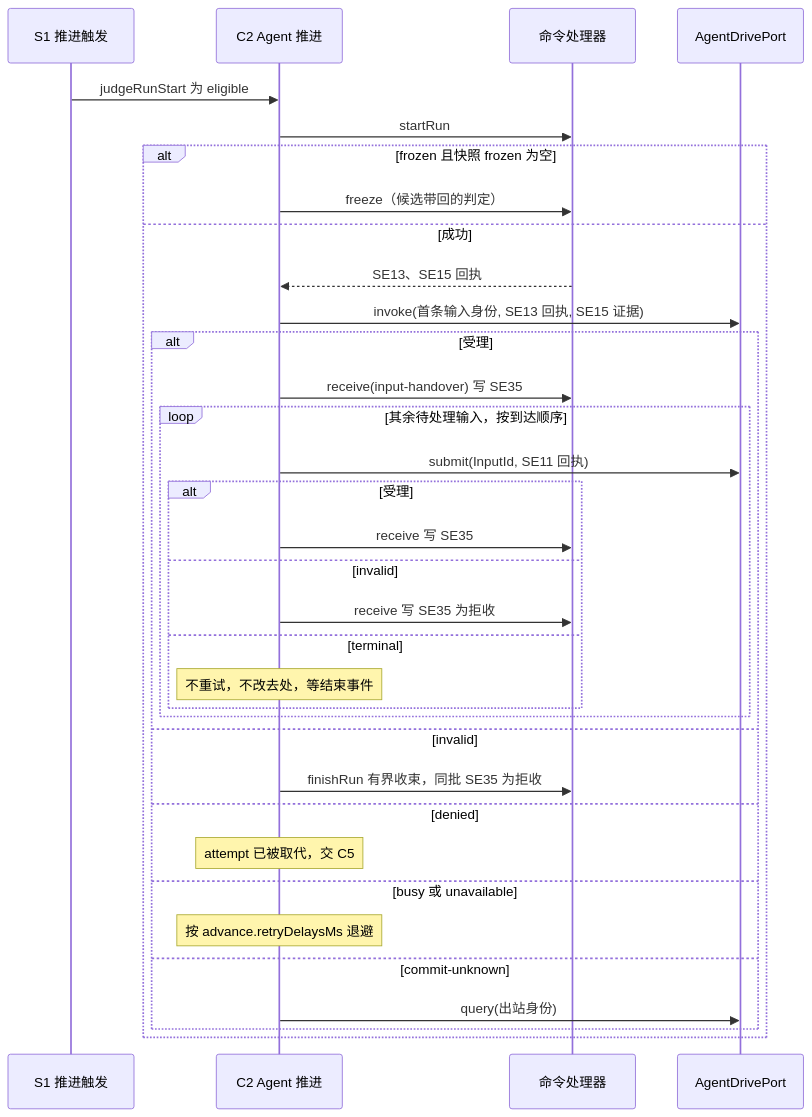
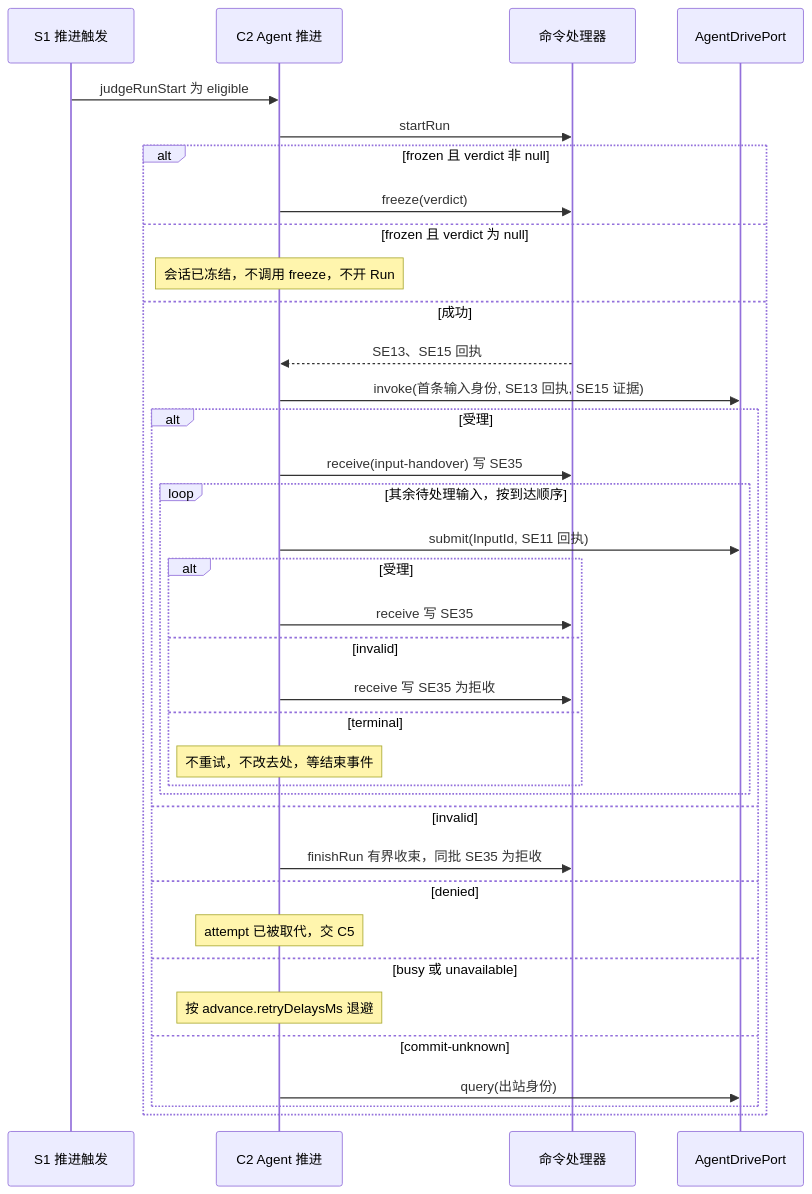
Before and after one commit to nemori-ai/omne-harness-lite: the third of 17 diagrams in packages/session/session/docs/flows.md, drawn with Mermaid. The commit also changed other lines of this file and 3 other files, not shown here.

````diff
--- a/packages/session/session/docs/flows.md
+++ b/packages/session/session/docs/flows.md
@@ -69,36 +70,38 @@
 ```mermaid
 sequenceDiagram
     participant S1 as S1 推进触发
     participant C2 as C2 Agent 推进
     participant CP as 命令处理器
     participant AD as AgentDrivePort
     S1->>C2: judgeRunStart 为 eligible
     C2->>CP: startRun
-    alt frozen 且快照 frozen 为空
-        C2->>CP: freeze（候选带回的判定）
+    alt frozen 且 verdict 非 null
+        C2->>CP: freeze(verdict)
+    else frozen 且 verdict 为 null
+        Note over C2: 会话已冻结，不调用 freeze，不开 Run
     else 成功
         CP-->>C2: SE13、SE15 回执
         C2->>AD: invoke(首条输入身份, SE13 回执, SE15 证据)
         alt 受理
             C2->>CP: receive(input-handover) 写 SE35
             loop 其余待处理输入，按到达顺序
                 C2->>AD: submit(InputId, SE11 回执)
                 alt 受理
                     C2->>CP: receive 写 SE35
                 else invalid
                     C2->>CP: receive 写 SE35 为拒收
                 else terminal
                     Note over C2: 不重试，不改去处，等结束事件
                 end
             end
         else invalid
             C2->>CP: finishRun 有界收束，同批 SE35 为拒收
         else denied
             Note over C2: attempt 已被取代，交 C5
         else busy 或 unavailable
             Note over C2: 按 advance.retryDelaysMs 退避
         else commit-unknown
             C2->>AD: query(出站身份)
         end
     end
 ```
````
